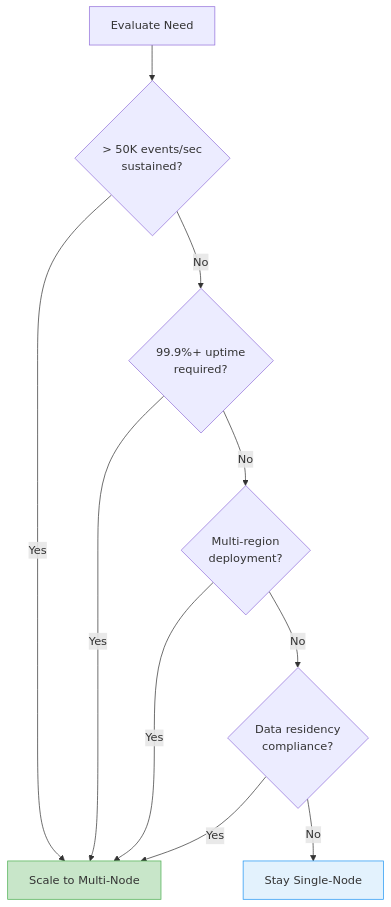
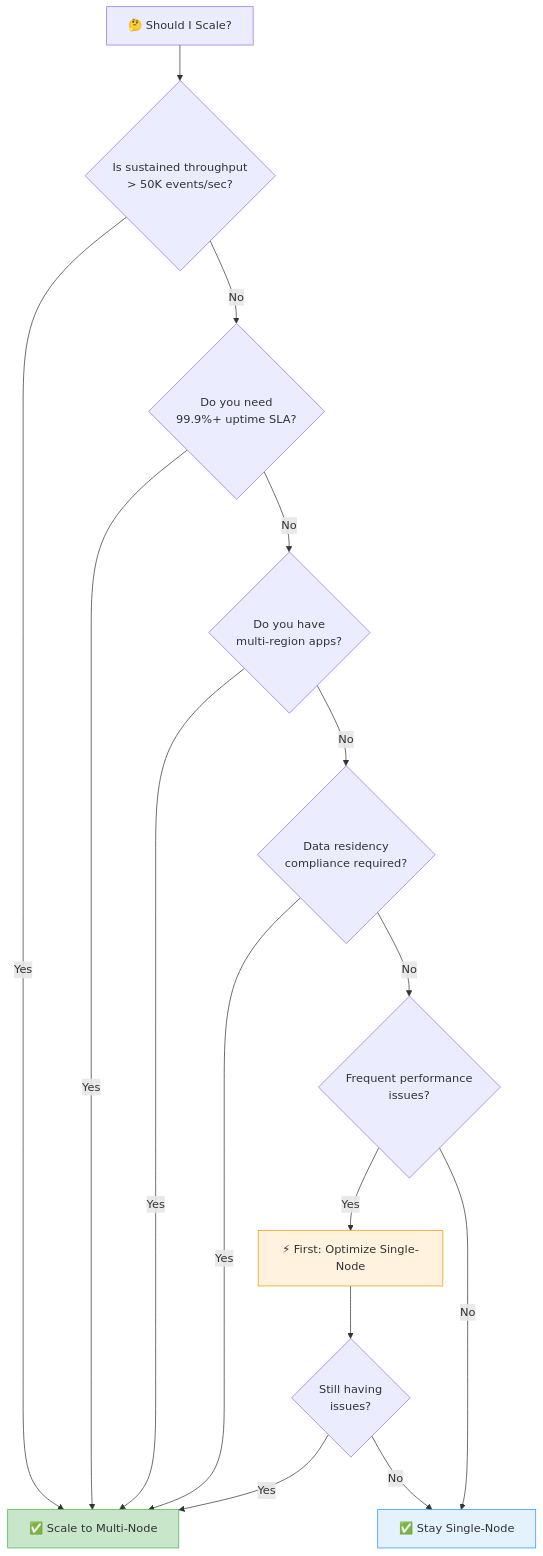
Before and after one commit to shivam-g-mishra/opensource-otel-setup: the sixth of 14 diagrams in docs/scalable/architecture.md, drawn with Mermaid. The commit also changed other lines of this file, not shown here.

First line of the commit message:
docs: expand architecture document with comprehensive technology details

````diff
--- a/docs/scalable/architecture.md
+++ b/docs/scalable/architecture.md
@@ -125,15 +476,32 @@
 ```mermaid
 flowchart TD
-    Start[Evaluate Need] --> Q1{"> 50K events/sec<br/>sustained?"}
-    Q1 -->|Yes| Scale["Scale to Multi-Node"]
-    Q1 -->|No| Q2{"99.9%+ uptime<br/>required?"}
+    Start["🤔 Should I Scale?"] --> Q1
+    
+    Q1{"Is sustained throughput<br/>> 50K events/sec?"}
+    Q1 -->|Yes| Scale["✅ Scale to Multi-Node"]
+    Q1 -->|No| Q2
+    
+    Q2{"Do you need<br/>99.9%+ uptime SLA?"}
     Q2 -->|Yes| Scale
-    Q2 -->|No| Q3{"Multi-region<br/>deployment?"}
+    Q2 -->|No| Q3
+    
+    Q3{"Do you have<br/>multi-region apps?"}
     Q3 -->|Yes| Scale
-    Q3 -->|No| Q4{"Data residency<br/>compliance?"}
+    Q3 -->|No| Q4
+    
+    Q4{"Data residency<br/>compliance required?"}
     Q4 -->|Yes| Scale
-    Q4 -->|No| Stay["Stay Single-Node"]
+    Q4 -->|No| Q5
+    
+    Q5{"Frequent performance<br/>issues?"}
+    Q5 -->|Yes| Optimize["⚡ First: Optimize Single-Node"]
+    Q5 -->|No| Stay["✅ Stay Single-Node"]
+    
+    Optimize --> Q6{"Still having<br/>issues?"}
+    Q6 -->|Yes| Scale
+    Q6 -->|No| Stay
     
     style Scale fill:#c8e6c9,stroke:#4caf50
     style Stay fill:#e3f2fd,stroke:#2196f3
+    style Optimize fill:#fff3e0,stroke:#ff9800
 ```
````
